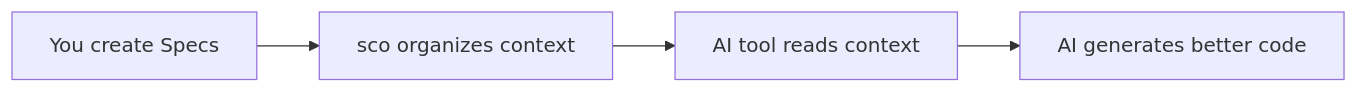
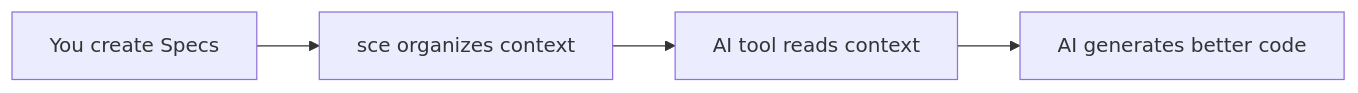
Before and after one commit to LuChangQiu/kiro-spec-engine: the first of 2 diagrams in README.md, drawn with Mermaid. The commit also changed other lines of this file and 38 other files, not shown here.

````diff
--- a/README.md
+++ b/README.md
@@ -26,6 +26,6 @@
 ```mermaid
 graph LR
-    A[You create Specs] --> B[sco organizes context]
+    A[You create Specs] --> B[sce organizes context]
     B --> C[AI tool reads context]
     C --> D[AI generates better code]
 ```
````
